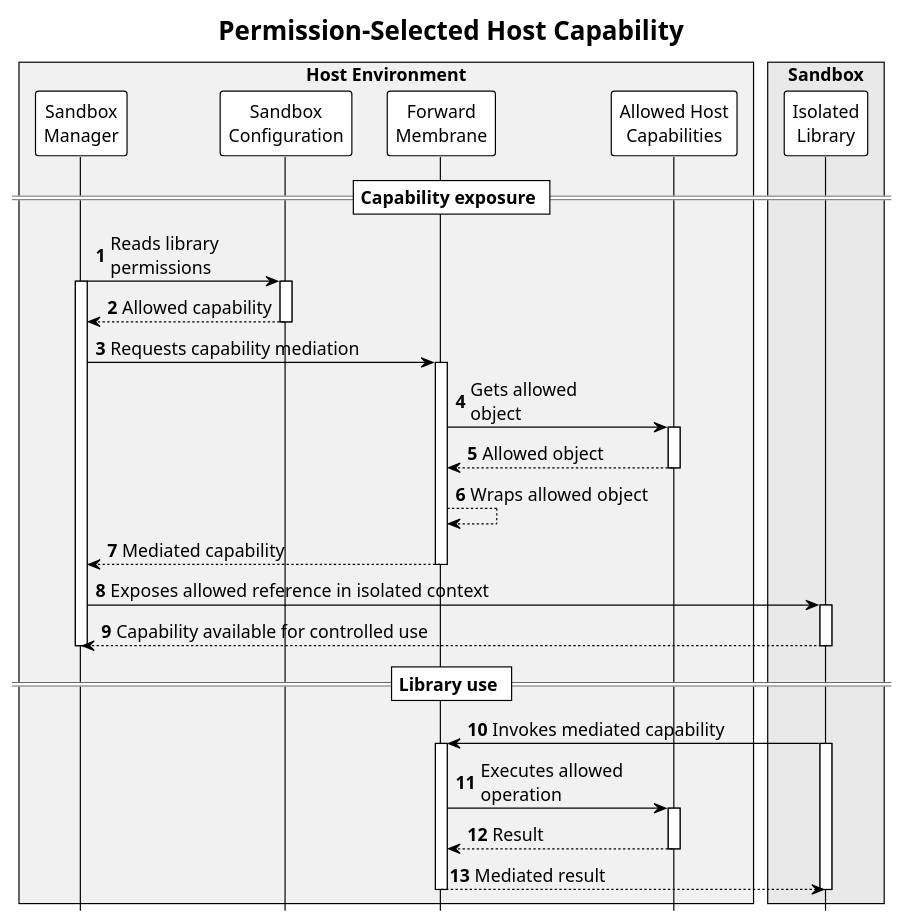
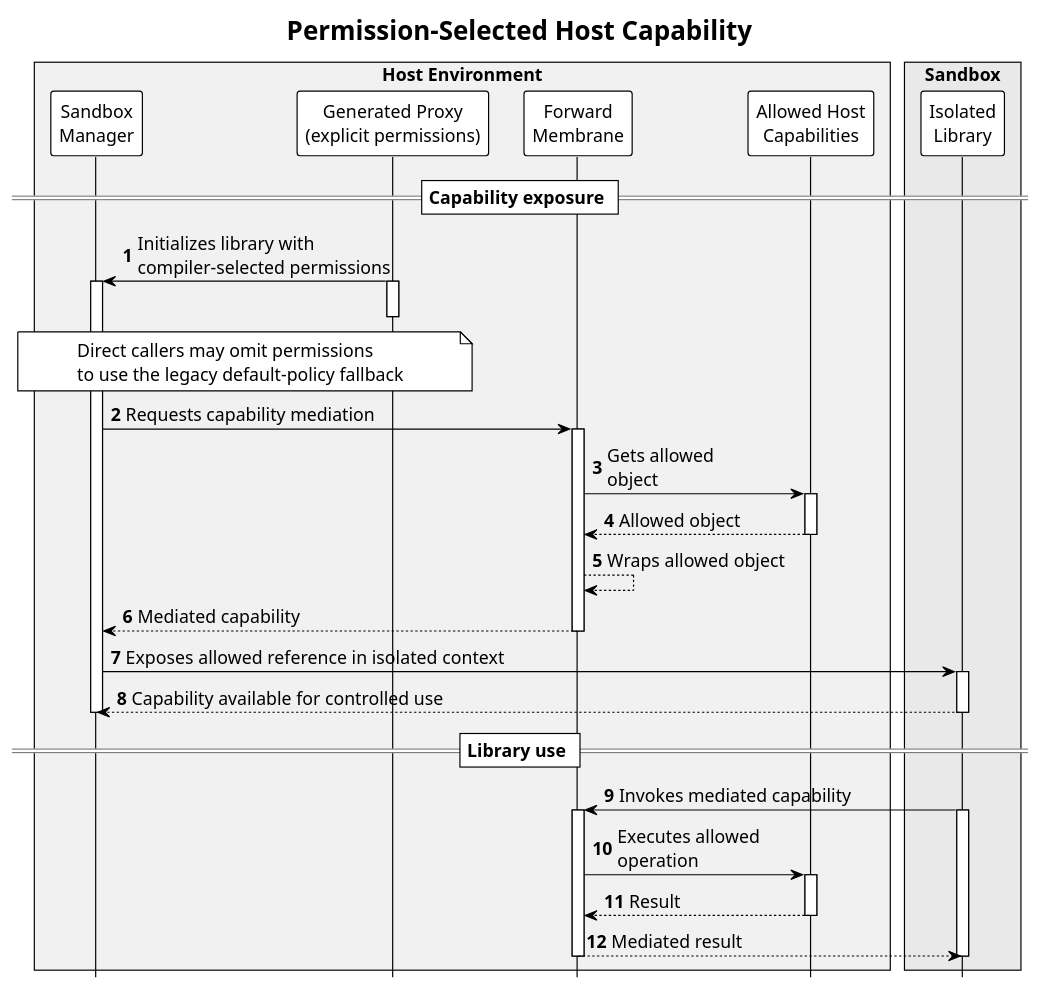
The diagram in docs/diagrams/authorized-webapi.puml (rafaeljbgomes/webpack-wasm-sandbox-plugin), drawn with PlantUML before and after one commit. The commit also changed 9 other files, not shown here.

First line of the commit message:
feat(plugin): pass compiler-selected permissions to sandbox runtime

```diff
--- a/docs/diagrams/authorized-webapi.puml
+++ b/docs/diagrams/authorized-webapi.puml
@@ -1,59 +1,59 @@
 @startuml
 !theme plain
 autonumber
 title Permission-Selected Host Capability
 hide footbox
 
 skinparam defaultFontSize 15
 
 box "Host Environment" #f1f1f1
     participant "Sandbox\nManager" as Manager
-    participant "Sandbox\nConfiguration" as Config
+    participant "Generated Proxy\n(explicit permissions)" as Config
     participant "Forward\nMembrane" as HostVmMembrane
     participant "Allowed Host\nCapabilities" as HostCapabilities
 end box
 
 box "Sandbox" #e9e9e9
     participant "Isolated\nLibrary" as Library
 end box
 
 == Capability exposure ==
 
-Manager -> Config: Reads library\npermissions
+Config -> Manager: Initializes library with\ncompiler-selected permissions
 activate Manager
 activate Config
-Config --> Manager: Allowed capability
+note over Config, Manager: Direct callers may omit permissions\nto use the legacy default-policy fallback
 deactivate Config
 
 Manager -> HostVmMembrane: Requests capability mediation
 activate HostVmMembrane
 HostVmMembrane -> HostCapabilities: Gets allowed\nobject
 activate HostCapabilities
 HostCapabilities --> HostVmMembrane: Allowed object
 deactivate HostCapabilities
 
 HostVmMembrane --> HostVmMembrane: Wraps allowed object
 
 HostVmMembrane --> Manager: Mediated capability
 deactivate HostVmMembrane
 
 Manager -> Library: Exposes allowed reference in isolated context
 activate Library
 Library --> Manager: Capability available for controlled use
 deactivate Library
 deactivate Manager
 
 == Library use ==
 
 Library -> HostVmMembrane: Invokes mediated capability
 activate Library
 activate HostVmMembrane
 HostVmMembrane -> HostCapabilities: Executes allowed\noperation
 activate HostCapabilities
 HostCapabilities --> HostVmMembrane: Result
 deactivate HostCapabilities
 HostVmMembrane --> Library: Mediated result
 deactivate HostVmMembrane
 deactivate Library
 
 @enduml
```
